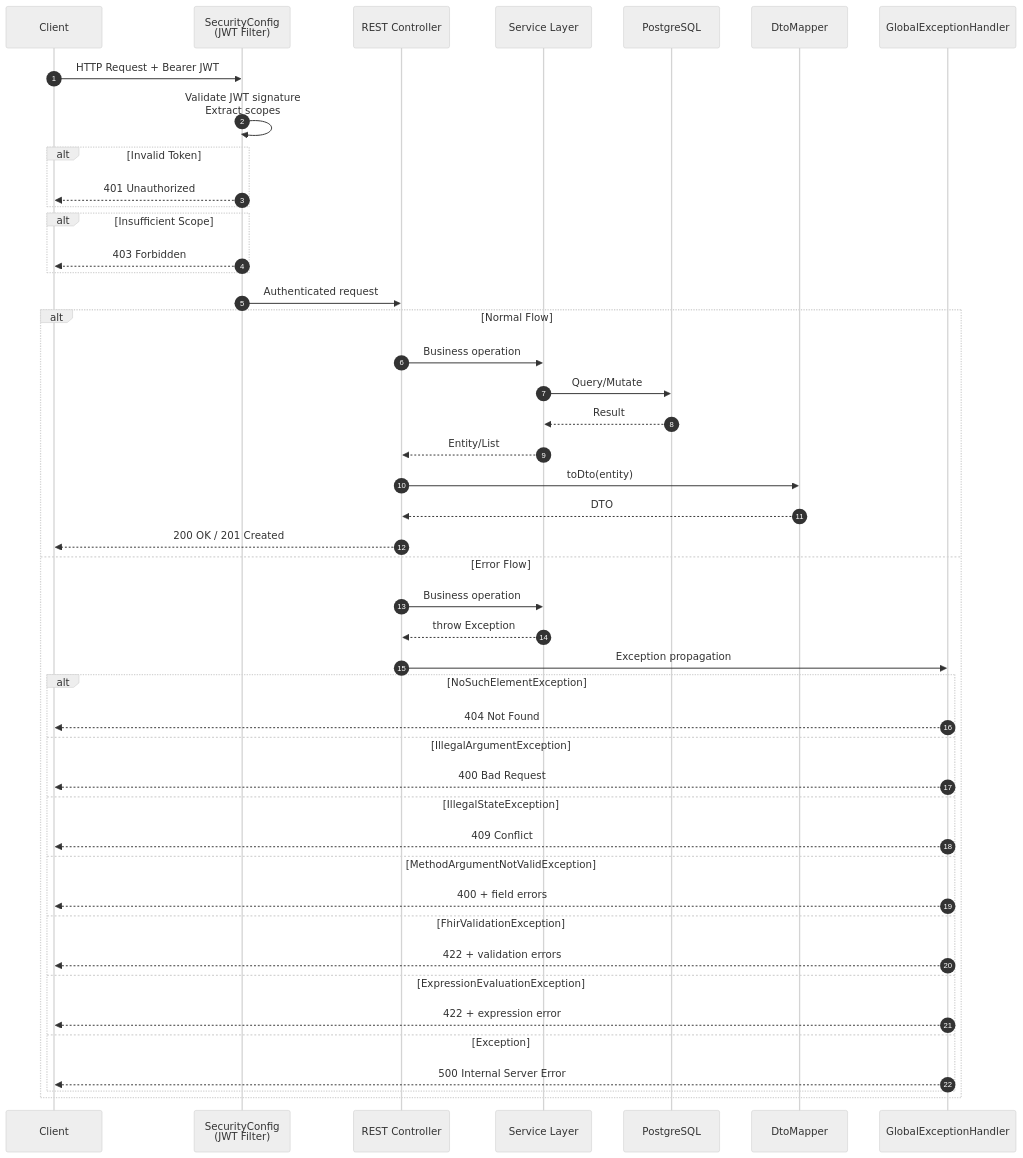
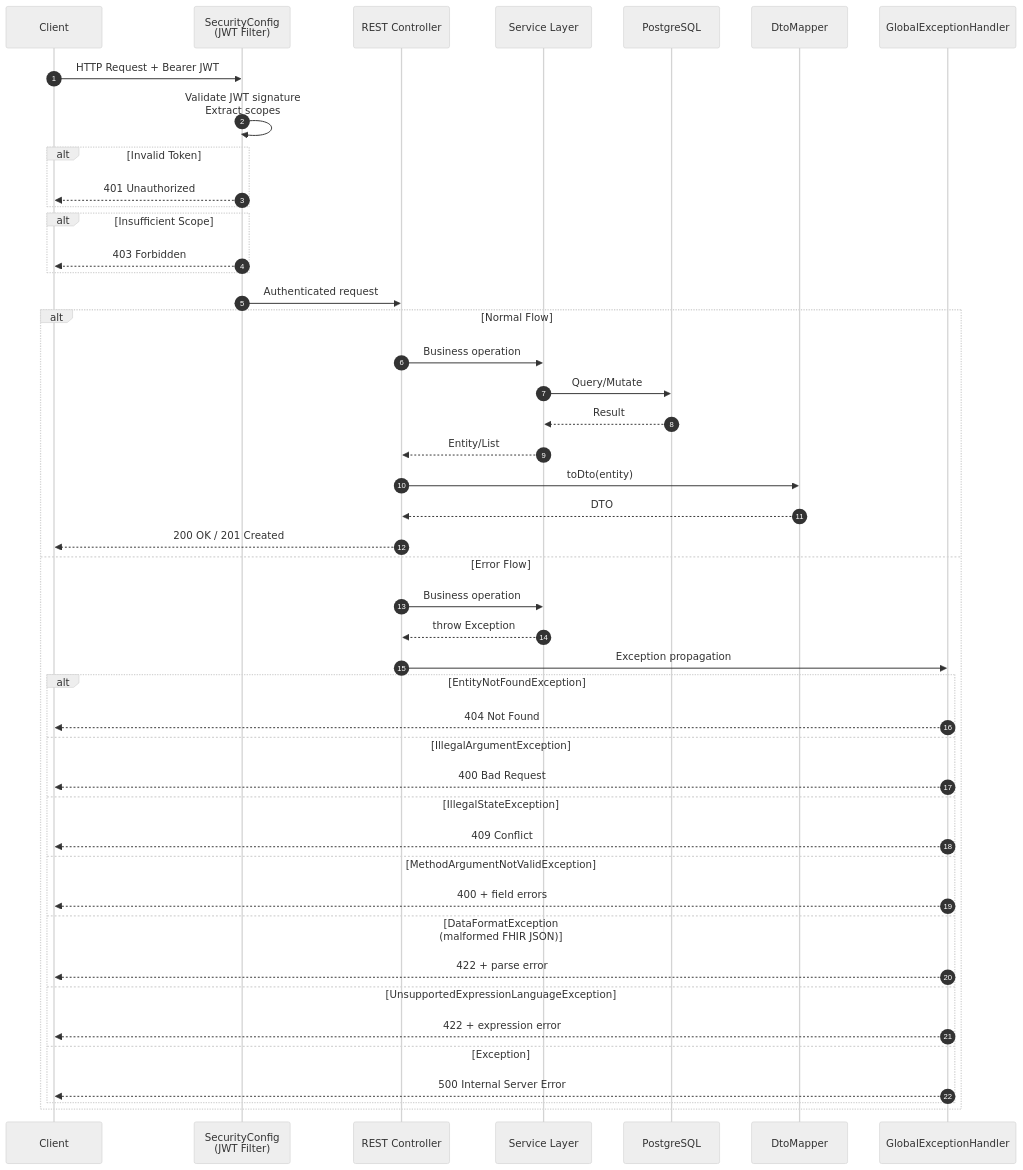
The eighth of 12 diagrams in docs/flow-diagrams.md (Jayaprakash8887/cce-compliance-service), drawn with Mermaid (neutral theme) before and after one commit. The commit also changed other lines of this file and 8 other files, not shown here.

````diff
--- a/docs/flow-diagrams.md
+++ b/docs/flow-diagrams.md
@@ -428,51 +447,51 @@
 ```mermaid
 sequenceDiagram
     autonumber
     participant Client
     participant Security as SecurityConfig<br/>(JWT Filter)
     participant Controller as REST Controller
     participant Service as Service Layer
     participant DB as PostgreSQL
     participant Mapper as DtoMapper
     participant ExHandler as GlobalExceptionHandler
 
     Client->>Security: HTTP Request + Bearer JWT
     Security->>Security: Validate JWT signature<br/>Extract scopes
     alt Invalid Token
         Security-->>Client: 401 Unauthorized
     end
     alt Insufficient Scope
         Security-->>Client: 403 Forbidden
     end
 
     Security->>Controller: Authenticated request
 
     alt Normal Flow
         Controller->>Service: Business operation
         Service->>DB: Query/Mutate
         DB-->>Service: Result
         Service-->>Controller: Entity/List
         Controller->>Mapper: toDto(entity)
         Mapper-->>Controller: DTO
         Controller-->>Client: 200 OK / 201 Created
     else Error Flow
         Controller->>Service: Business operation
         Service-->>Controller: throw Exception
         Controller->>ExHandler: Exception propagation
-        alt NoSuchElementException
+        alt EntityNotFoundException
             ExHandler-->>Client: 404 Not Found
         else IllegalArgumentException
             ExHandler-->>Client: 400 Bad Request
         else IllegalStateException
             ExHandler-->>Client: 409 Conflict
         else MethodArgumentNotValidException
             ExHandler-->>Client: 400 + field errors
-        else FhirValidationException
-            ExHandler-->>Client: 422 + validation errors
-        else ExpressionEvaluationException
+        else DataFormatException<br/>(malformed FHIR JSON)
+            ExHandler-->>Client: 422 + parse error
+        else UnsupportedExpressionLanguageException
             ExHandler-->>Client: 422 + expression error
         else Exception
             ExHandler-->>Client: 500 Internal Server Error
         end
     end
 ```
````
